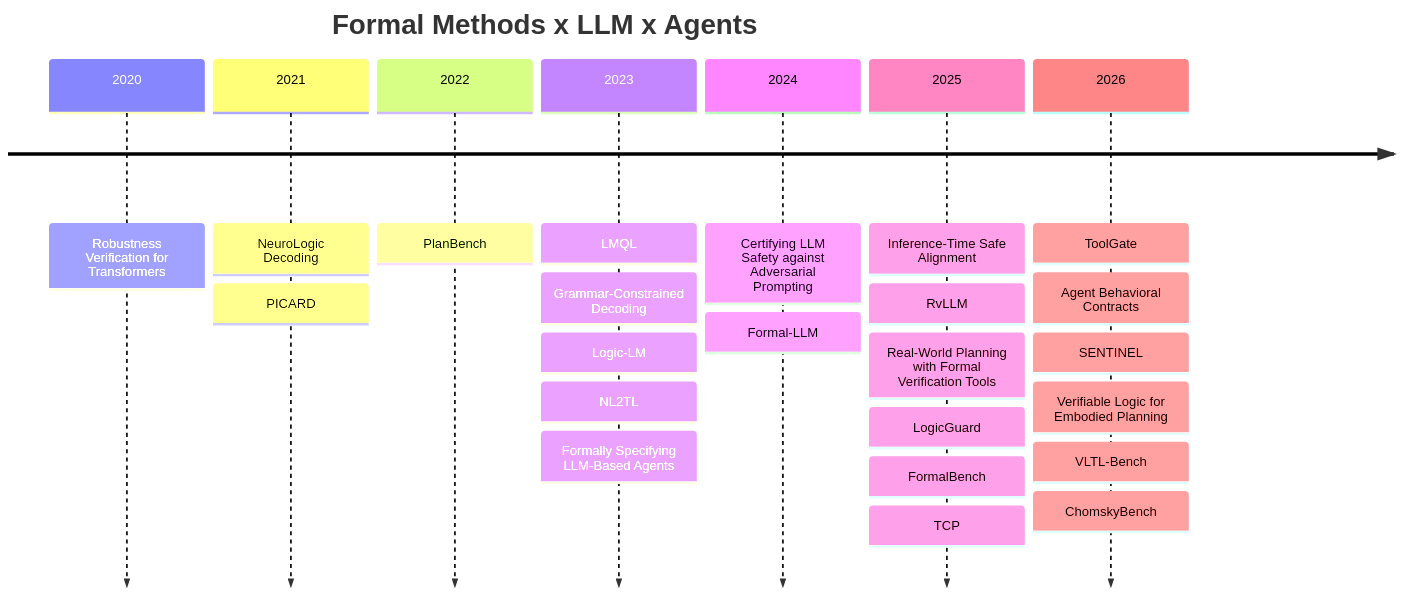
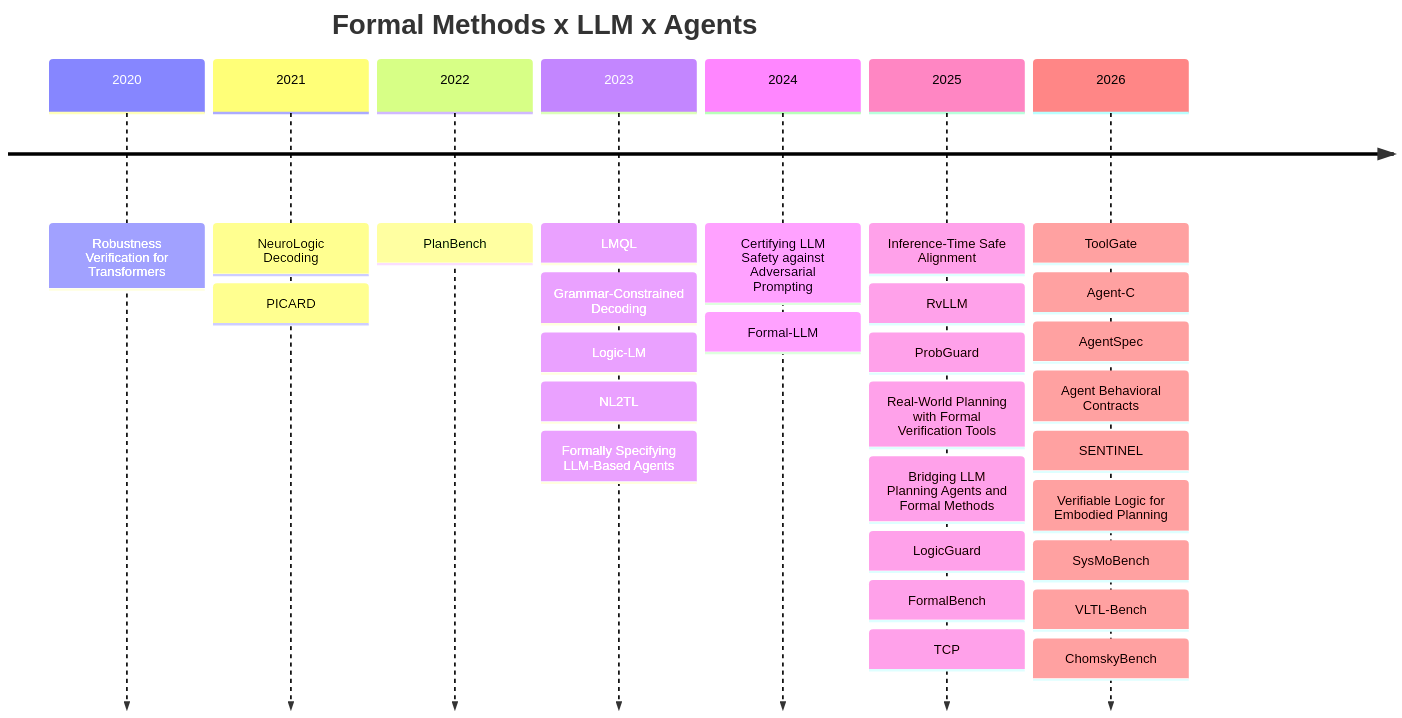
One commit to scnu-kevinkong/awesome-formal-llm-agents changed the first of 2 diagrams in README.md. Above: the diagram before and after it, drawn with Mermaid. The commit also changed other lines of this file and 2 other files, not shown here.

Commit message:
docs: fix paper metadata and add agent verification works

````diff
--- a/README.md
+++ b/README.md
@@ -28,27 +28,32 @@
 ```mermaid
 timeline
     title Formal Methods x LLM x Agents
     2020 : Robustness Verification for Transformers
     2021 : NeuroLogic Decoding
          : PICARD
     2022 : PlanBench
     2023 : LMQL
          : Grammar-Constrained Decoding
          : Logic-LM
          : NL2TL
          : Formally Specifying LLM-Based Agents
     2024 : Certifying LLM Safety against Adversarial Prompting
          : Formal-LLM
     2025 : Inference-Time Safe Alignment
          : RvLLM
+         : ProbGuard
          : Real-World Planning with Formal Verification Tools
+         : Bridging LLM Planning Agents and Formal Methods
          : LogicGuard
          : FormalBench
          : TCP
     2026 : ToolGate
+         : Agent-C
+         : AgentSpec
          : Agent Behavioral Contracts
          : SENTINEL
          : Verifiable Logic for Embodied Planning
+         : SysMoBench
          : VLTL-Bench
          : ChomskyBench
 ```
````
